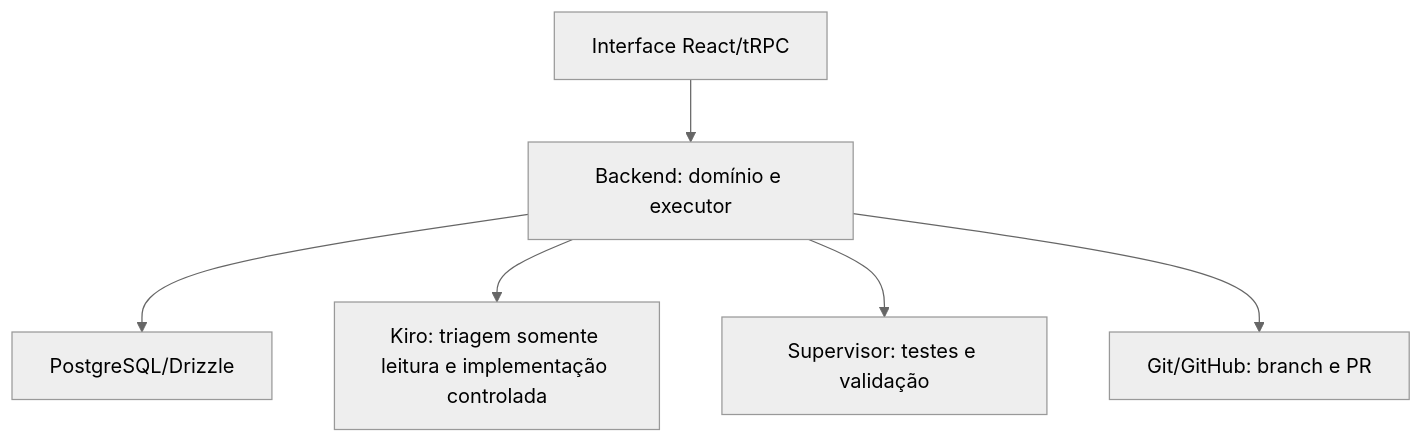
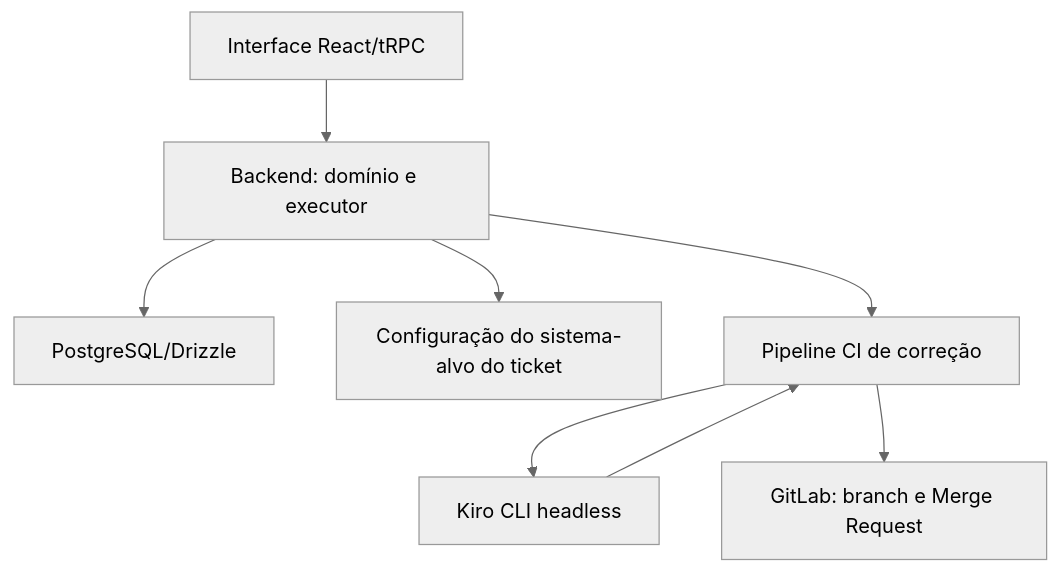
One commit to SENAI-IA/iapd-26t3-e05-resolva changed the diagram in .kiro/specs/resolva-mvp/design.md. Above: the diagram before and after it, drawn with Mermaid (neutral theme). The commit also changed other lines of this file and 54 other files, not shown here.

````diff
--- a/.kiro/specs/resolva-mvp/design.md
+++ b/.kiro/specs/resolva-mvp/design.md
@@ -11,8 +11,10 @@
 ```mermaid
 flowchart TD
   W["Interface React/tRPC"] --> B["Backend: domínio e executor"]
   B --> D["PostgreSQL/Drizzle"]
-  B --> K["Kiro: triagem somente leitura e implementação controlada"]
-  B --> V["Supervisor: testes e validação"]
-  B --> G["Git/GitHub: branch e PR"]
+  B --> P["Configuração do sistema-alvo do ticket"]
+  B --> C["Pipeline CI de correção"]
+  C --> K["Kiro CLI headless"]
+  C --> G["GitLab: branch e Merge Request"]
+  K --> C
 ```
````
